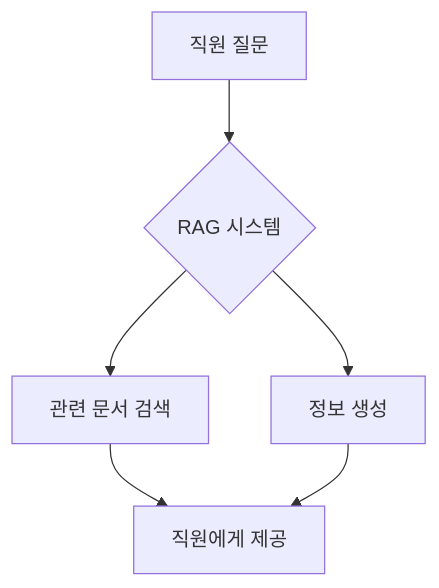
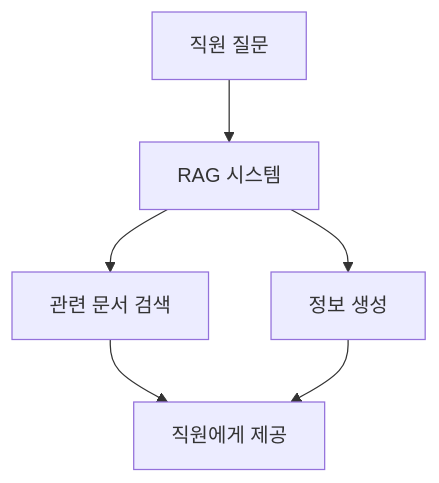
Before and after one commit to 42jerrykim/42jerrykim.github.io: the eighth of 10 diagrams in content/post/2024/2024-08-27-gen-ai-architecture/index.md, drawn with Mermaid. The commit also changed other lines of this file and 239 other files, not shown here.

````diff
--- a/content/post/2024/2024-08-27-gen-ai-architecture/index.md
+++ b/content/post/2024/2024-08-27-gen-ai-architecture/index.md
@@ -403,8 +330,13 @@
 ```mermaid
 flowchart TD
-    A[직원 질문] --> B{RAG 시스템}
-    B --> C[관련 문서 검색]
-    B --> D[정보 생성]
-    C --> E[직원에게 제공]
-    D --> E
+    EmployeeQuery["직원 질문"]
+    RagSystem["RAG 시스템"]
+    DocSearch["관련 문서 검색"]
+    InfoGen["정보 생성"]
+    ToEmployee["직원에게 제공"]
+    EmployeeQuery --> RagSystem
+    RagSystem --> DocSearch
+    RagSystem --> InfoGen
+    DocSearch --> ToEmployee
+    InfoGen --> ToEmployee
 ```
````
